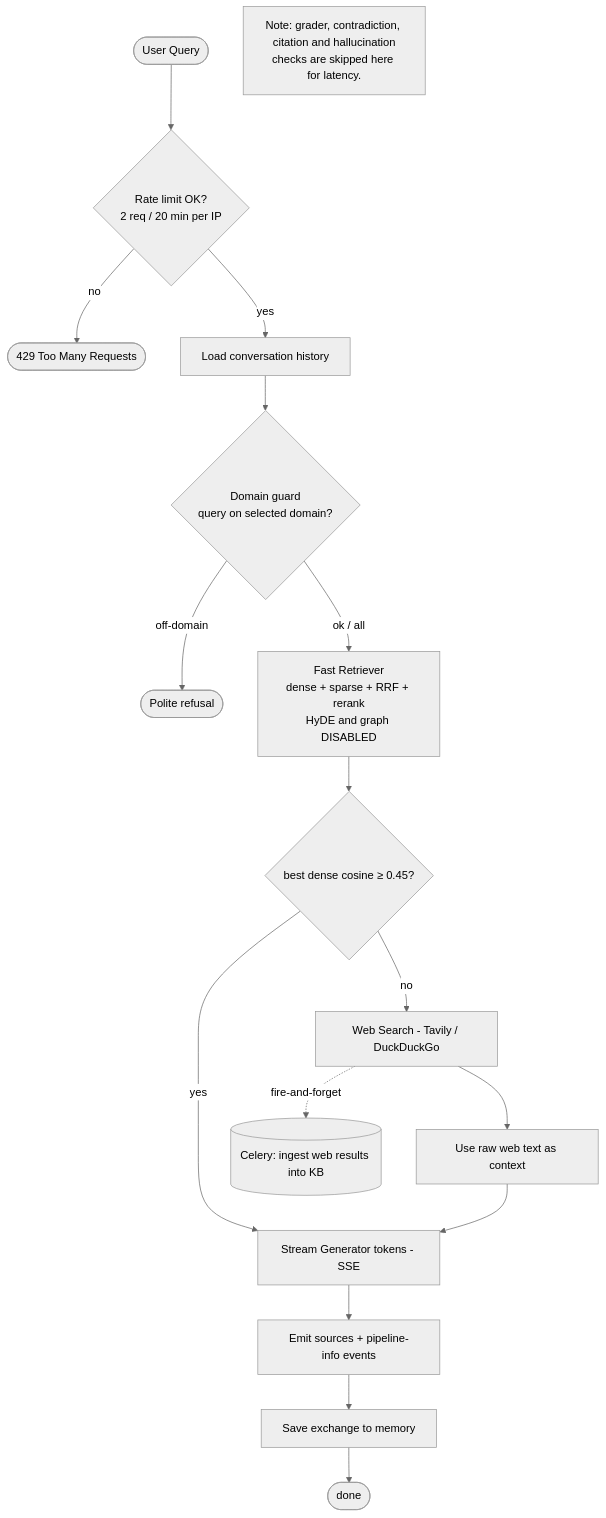
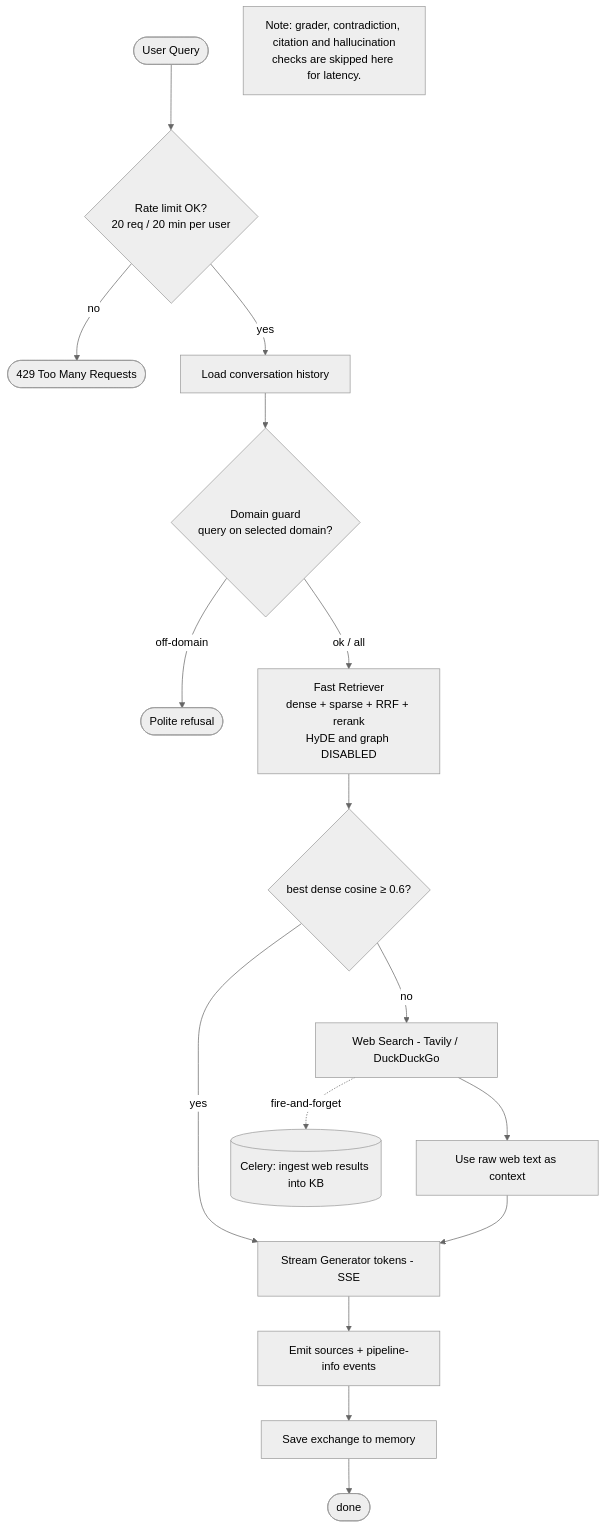
One commit to anuragchaubey1224/Verity changed the second of 9 diagrams in Architecture/FLOW_DIAGRAM.md. Above: the diagram before and after it, drawn with Mermaid (neutral theme). The commit also changed other lines of this file and 3 other files, not shown here.

First line of the commit message:
docs: correct stale values in flow diagram, UI copy, and code comments

````diff
--- a/Architecture/FLOW_DIAGRAM.md
+++ b/Architecture/FLOW_DIAGRAM.md
@@ -45,24 +45,24 @@
 ```mermaid
 flowchart TD
-    A([User Query]) --> RL{Rate limit OK?<br/>2 req / 20 min per IP}
+    A([User Query]) --> RL{Rate limit OK?<br/>20 req / 20 min per user}
     RL -->|no| E429([429 Too Many Requests])
     RL -->|yes| H[Load conversation history]
 
     H --> DG{Domain guard<br/>query on selected domain?}
     DG -->|off-domain| REF([Polite refusal])
     DG -->|ok / all| RET[Fast Retriever<br/>dense + sparse + RRF + rerank<br/>HyDE and graph DISABLED]
 
-    RET --> C{best dense cosine ≥ 0.45?}
+    RET --> C{best dense cosine ≥ 0.6?}
     C -->|yes| GEN[Stream Generator tokens - SSE]
     C -->|no| WEB[Web Search - Tavily / DuckDuckGo]
 
     WEB --> RAW[Use raw web text as context]
     WEB -. fire-and-forget .-> BG[(Celery: ingest web results into KB)]
     RAW --> GEN
 
     GEN --> SRC[Emit sources + pipeline-info events]
     SRC --> MEM[Save exchange to memory]
     MEM --> DONE([done])
 
     note["Note: grader, contradiction, citation and hallucination<br/>checks are skipped here for latency."]
 ```
````
